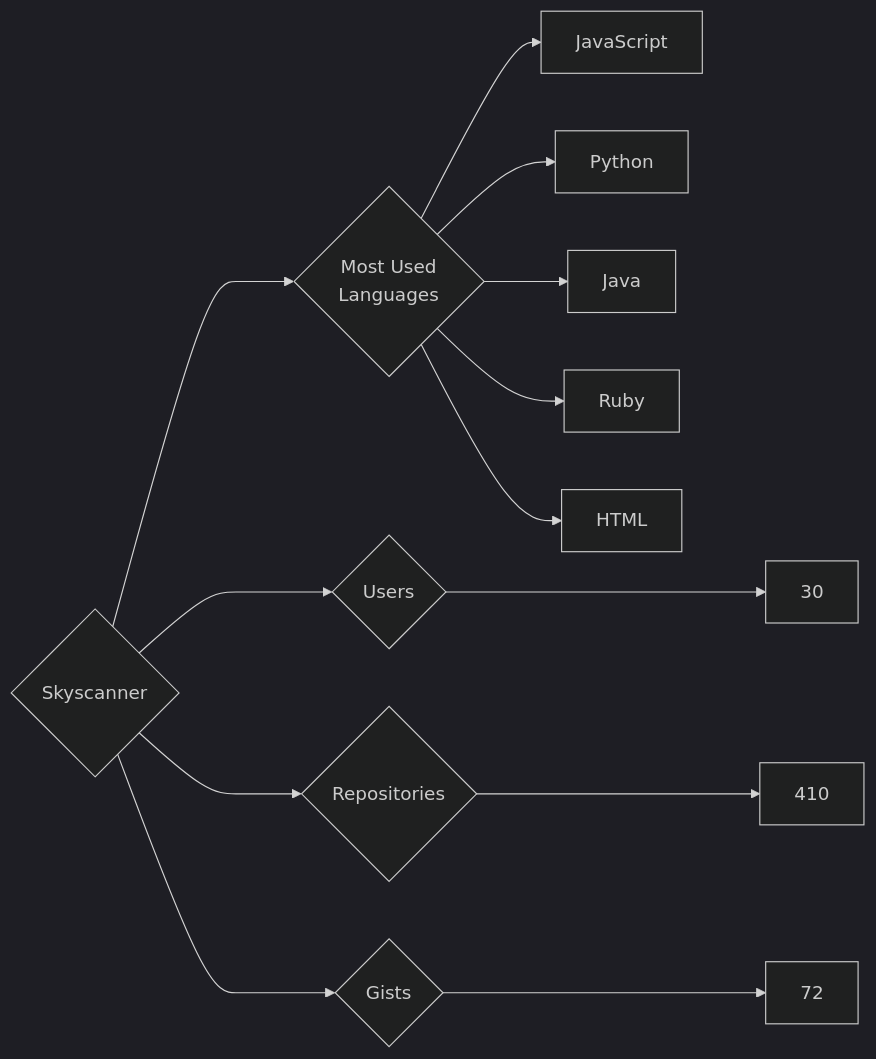
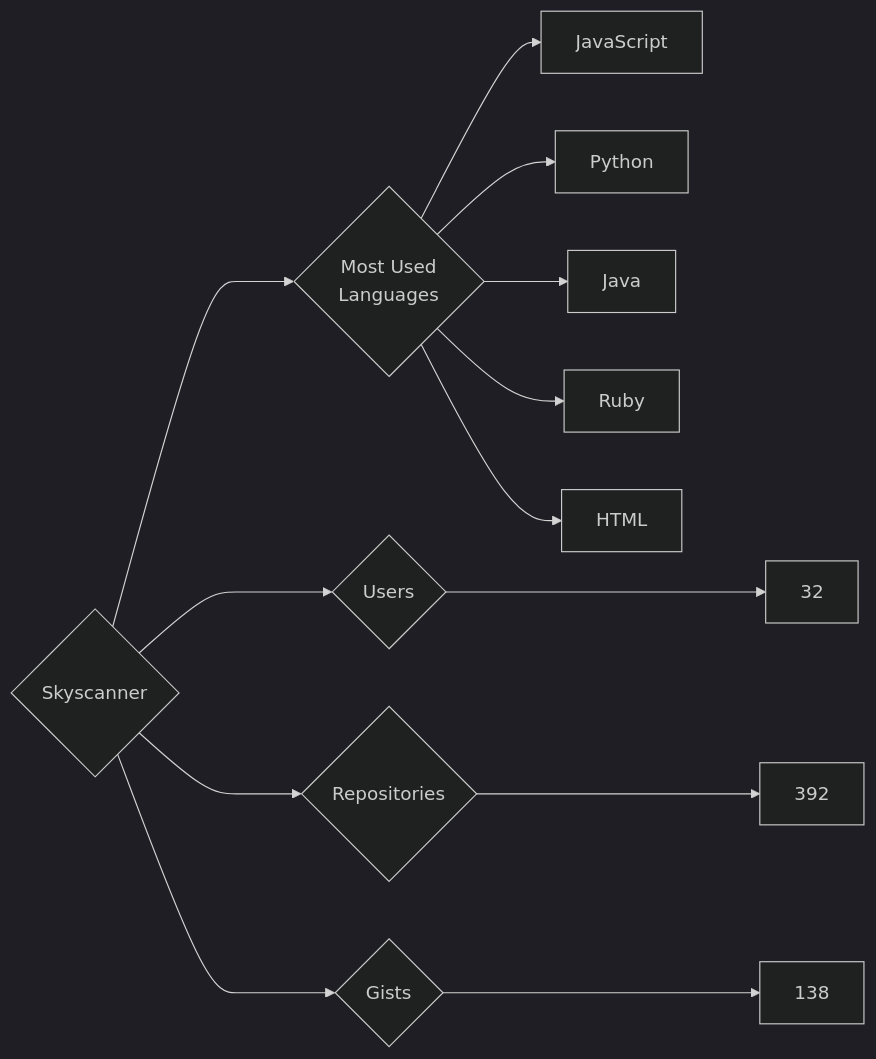
Before and after one commit to trickest/insiders: the diagram in targets/Skyscanner/README.md, drawn with Mermaid (dark theme). The commit also changed 839 other files, not shown here.

````diff
--- a/targets/Skyscanner/README.md
+++ b/targets/Skyscanner/README.md
@@ -3,13 +3,13 @@
 ```mermaid
 graph LR
 COMPANY_NAME{Skyscanner}
-COMPANY_NAME ---> U{Users} ---> UN[30]
-COMPANY_NAME ---> R{Repositories} ---> RN[410]
-COMPANY_NAME ---> G{Gists} ---> GN[72]
+COMPANY_NAME ---> U{Users} ---> UN[32]
+COMPANY_NAME ---> R{Repositories} ---> RN[392]
+COMPANY_NAME ---> G{Gists} ---> GN[138]
 COMPANY_NAME ---> ML{Most Used<br>Languages}
 ML --> JavaScript[JavaScript]
 ML --> Python[Python]
 ML --> Java[Java]
 ML --> Ruby[Ruby]
 ML --> HTML[HTML]
 ```
````
